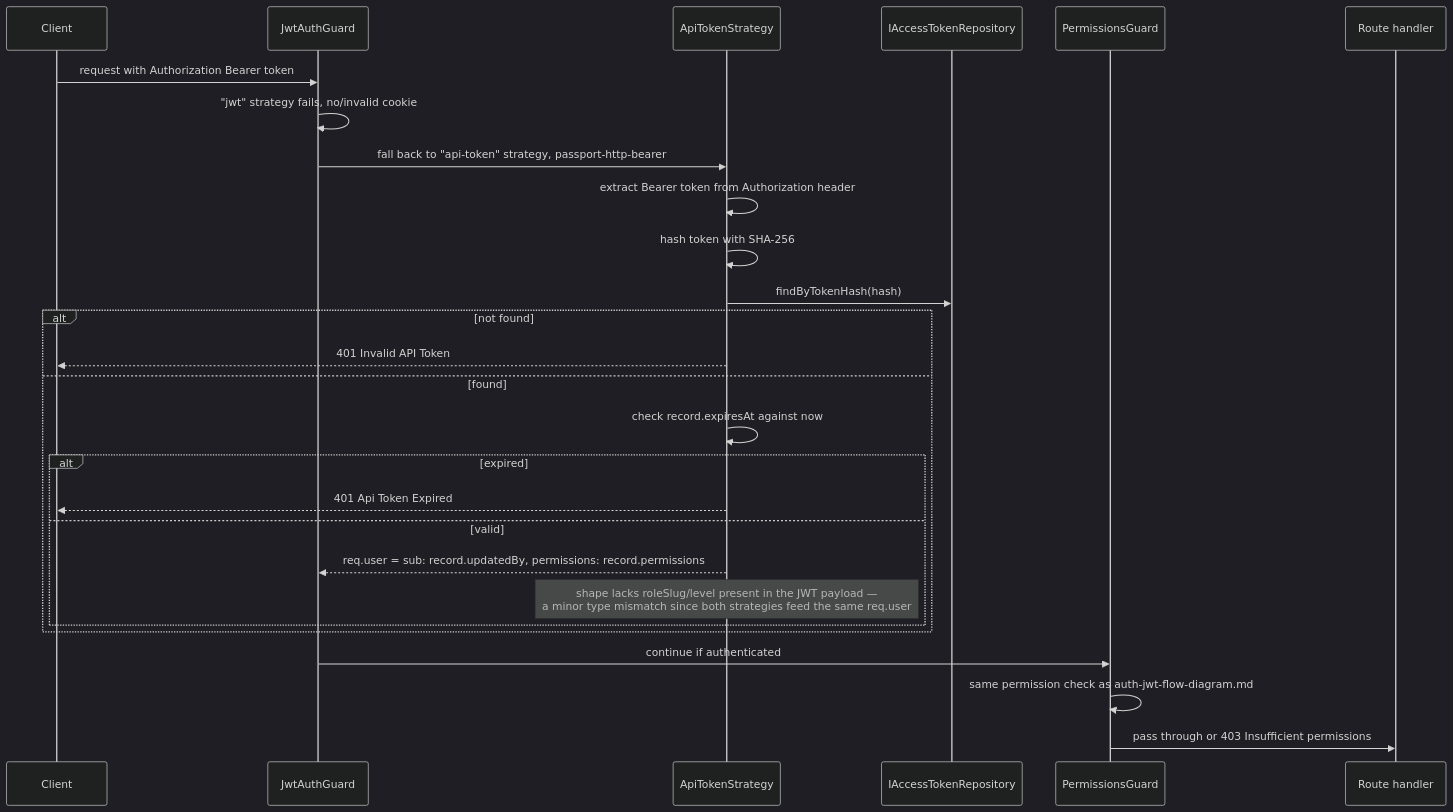
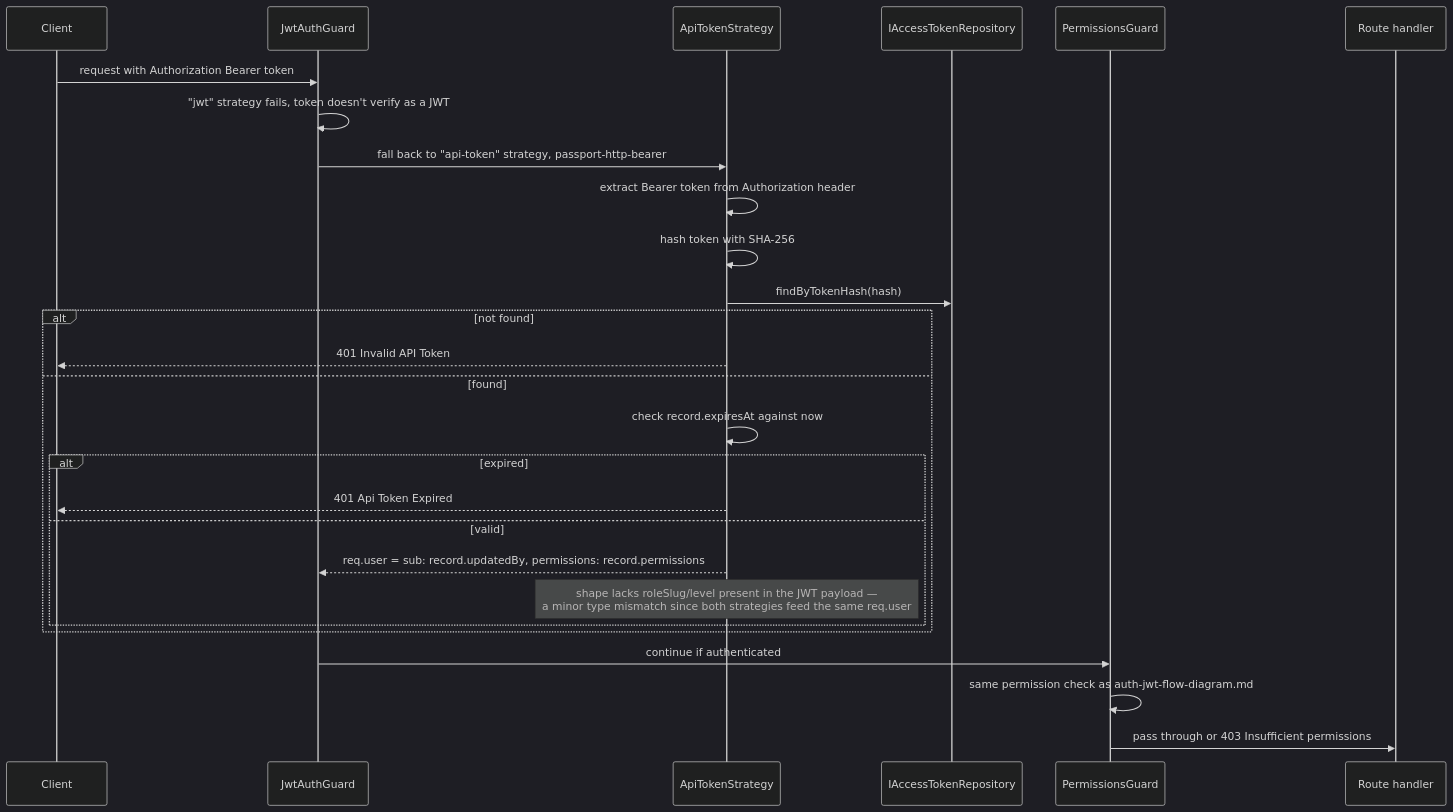
One commit to hungnh1812dev/abyssoftime-cms-api changed the first of 3 diagrams in apps/cms-api/docs/diagrams/auth-api-token-flow-diagram.md. Above: the diagram before and after it, drawn with Mermaid (dark theme). The commit also changed 6 other files, not shown here.

First line of the commit message:
docs(cms-api): update auth docs and flow diagrams for the Bearer-header migration

````diff
--- a/apps/cms-api/docs/diagrams/auth-api-token-flow-diagram.md
+++ b/apps/cms-api/docs/diagrams/auth-api-token-flow-diagram.md
@@ -14,31 +14,31 @@
 ```mermaid
 sequenceDiagram
     participant C as Client
     participant Guard as JwtAuthGuard
     participant AS as ApiTokenStrategy
     participant Repo as IAccessTokenRepository
     participant Perm as PermissionsGuard
     participant Ctl as Route handler
 
     C->>Guard: request with Authorization Bearer token
-    Guard->>Guard: "jwt" strategy fails, no/invalid cookie
+    Guard->>Guard: "jwt" strategy fails, token doesn't verify as a JWT
     Guard->>AS: fall back to "api-token" strategy, passport-http-bearer
     AS->>AS: extract Bearer token from Authorization header
     AS->>AS: hash token with SHA-256
     AS->>Repo: findByTokenHash(hash)
     alt not found
         AS-->>C: 401 Invalid API Token
     else found
         AS->>AS: check record.expiresAt against now
         alt expired
             AS-->>C: 401 Api Token Expired
         else valid
             AS-->>Guard: req.user = sub: record.updatedBy, permissions: record.permissions
             Note over AS: shape lacks roleSlug/level present in the JWT payload —<br/>a minor type mismatch since both strategies feed the same req.user
         end
     end
 
     Guard->>Perm: continue if authenticated
     Perm->>Perm: same permission check as auth-jwt-flow-diagram.md
     Perm->>Ctl: pass through or 403 Insufficient permissions
 ```
````
